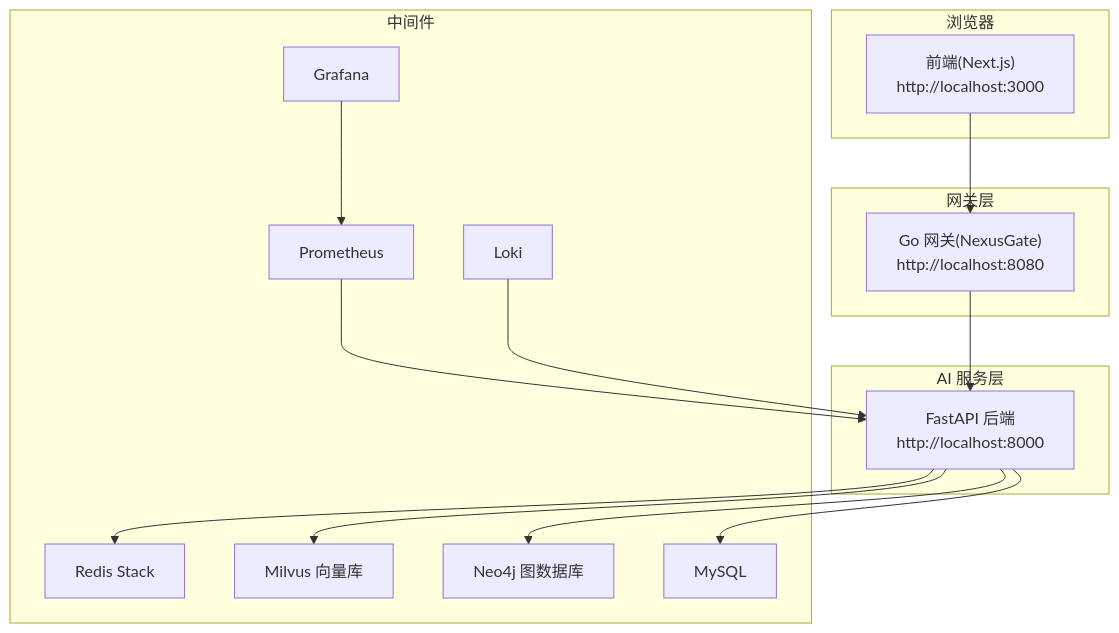
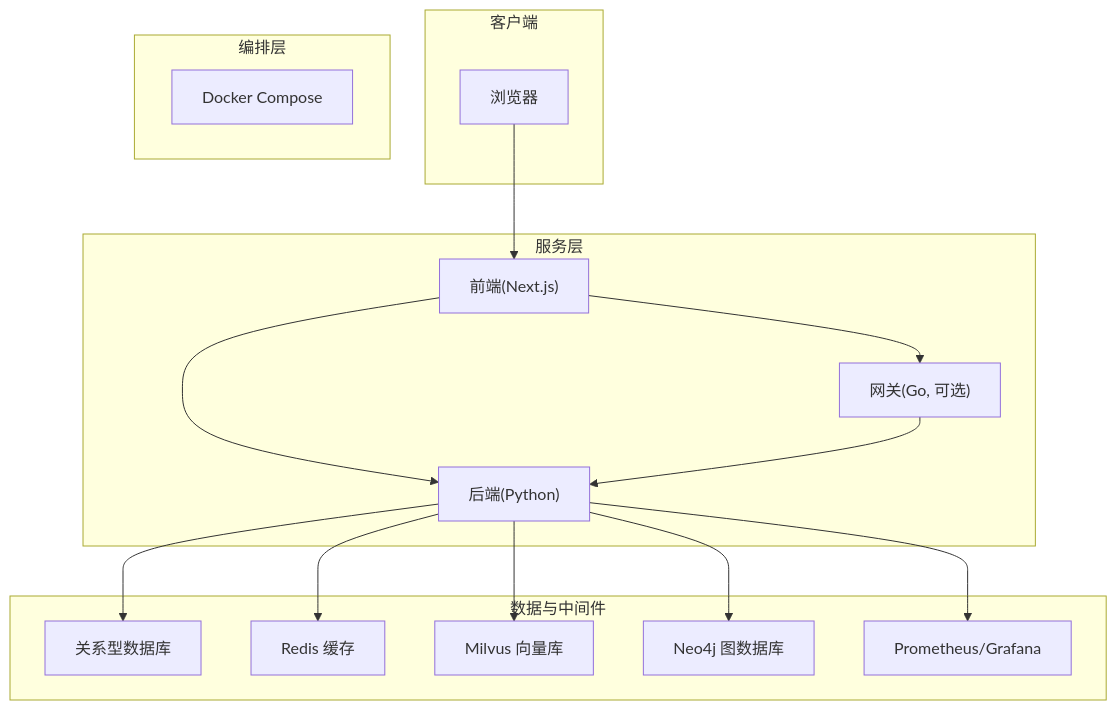
The first of 3 diagrams in .qoder/repowiki/zh/content/快速开始.md (zmdhdu/NexusCockpit), drawn with Mermaid before and after one commit. The commit also changed other lines of this file and 535 other files, not shown here.

````diff
--- a/.qoder/repowiki/zh/content/快速开始.md
+++ b/.qoder/repowiki/zh/content/快速开始.md
@@ -40,30 +60,30 @@
 ```mermaid
 graph TB
-subgraph "浏览器"
-FE["前端(Next.js)<br/>http://localhost:3000"]
+subgraph "客户端"
+Browser["浏览器"]
 end
-subgraph "网关层"
-GW["Go 网关(NexusGate)<br/>http://localhost:8080"]
+subgraph "编排层"
+Compose["Docker Compose"]
 end
-subgraph "AI 服务层"
-API["FastAPI 后端<br/>http://localhost:8000"]
+subgraph "服务层"
+Frontend["前端(Next.js)"]
+Backend["后端(Python)"]
+Gateway["网关(Go, 可选)"]
 end
-subgraph "中间件"
-REDIS["Redis Stack"]
-MILVUS["Milvus 向量库"]
-NEO4J["Neo4j 图数据库"]
-MYSQL["MySQL"]
-PROM["Prometheus"]
-GRAF["Grafana"]
-LOKI["Loki"]
+subgraph "数据与中间件"
+DB["关系型数据库"]
+Cache["Redis 缓存"]
+Vector["Milvus 向量库"]
+Graph["Neo4j 图数据库"]
+Metrics["Prometheus/Grafana"]
 end
-FE --> GW
-GW --> API
-API --> REDIS
-API --> MILVUS
-API --> NEO4J
-API --> MYSQL
-PROM --> API
-GRAF --> PROM
-LOKI --> API
+Browser --> Frontend
+Frontend --> Backend
+Frontend --> Gateway
+Backend --> DB
+Backend --> Cache
+Backend --> Vector
+Backend --> Graph
+Backend --> Metrics
+Gateway --> Backend
 ```
````
